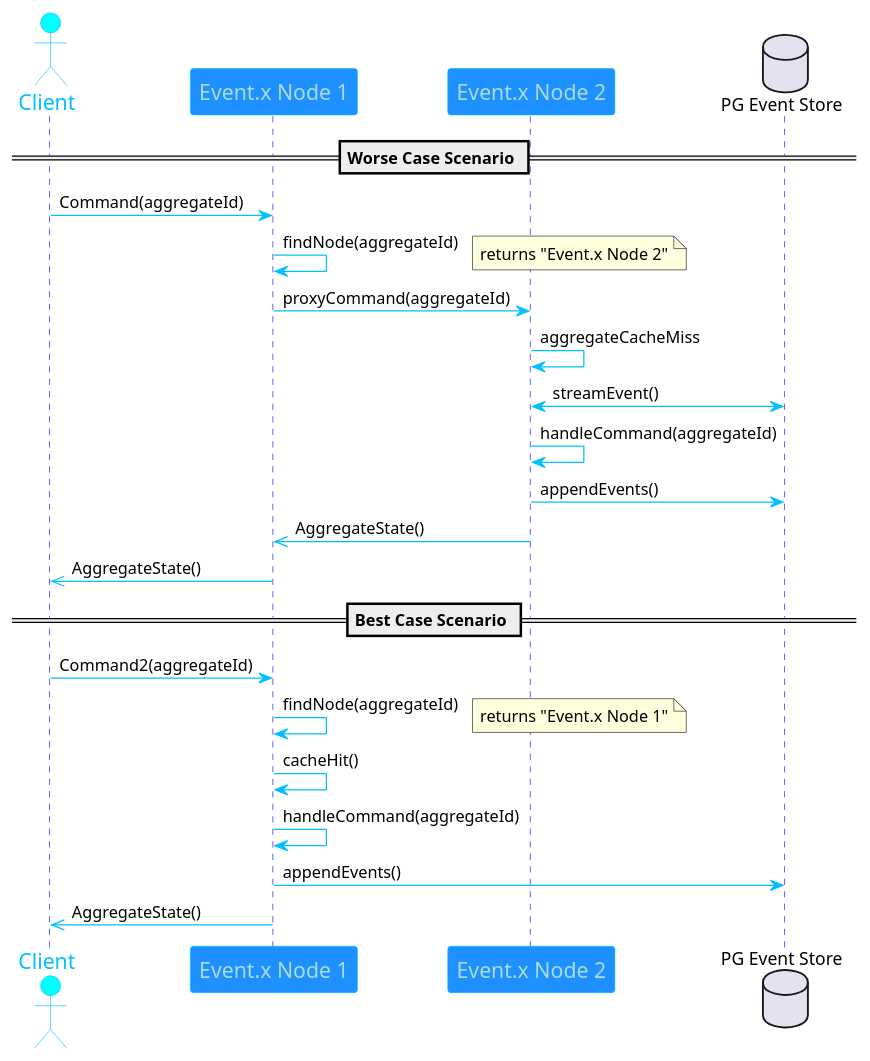
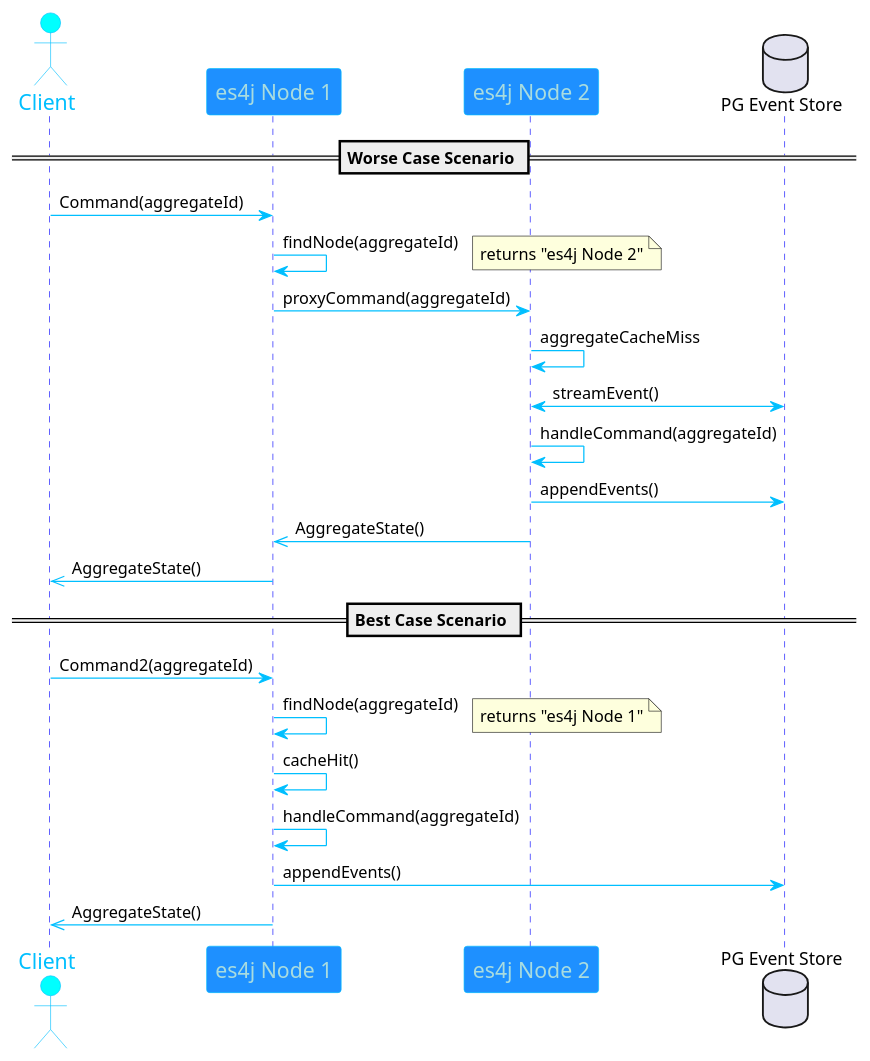
The diagram in diagrams/hash-ring-append.puml (Reef3rm4n/es4j), drawn with PlantUML before and after one commit. The commit also changed 11 other files, not shown here.

```diff
--- a/diagrams/hash-ring-append.puml
+++ b/diagrams/hash-ring-append.puml
@@ -1,54 +1,54 @@
 @startuml
 skinparam sequence {
     ArrowColor DeepSkyBlue
     ActorBorderColor DeepSkyBlue
     LifeLineBorderColor blue
     LifeLineBackgroundColor #A9DCDF
     ParticipantBorderColor DeepSkyBlue
     ParticipantBackgroundColor DodgerBlue
     ParticipantFontName Impact
     ParticipantFontSize 17
     ParticipantFontColor #A9DCDF
     ActorBackgroundColor aqua
     ActorFontColor DeepSkyBlue
     ActorFontSize 17
     ActorFontName Aapex
     NoteBackgroundColor wheat
     NoteBorderColor sienna
     NoteFontColor black
 }
 
 actor Client
-participant "Event.x Node 1" as N1
-participant "Event.x Node 2" as N2
+participant "es4j Node 1" as N1
+participant "es4j Node 2" as N2
 database "PG Event Store" as PG
 
 
 == Worse Case Scenario ==
 
 
 note right: worse case scenario 1 network hop
 Client -> N1 : Command(aggregateId)
 N1 -> N1 : findNode(aggregateId)
-note right: returns "Event.x Node 2"
+note right: returns "es4j Node 2"
 N1 -> N2: proxyCommand(aggregateId)
 N2 -> N2: aggregateCacheMiss
 N2 <-> PG: streamEvent()
 N2 -> N2: handleCommand(aggregateId)
 N2 -> PG: appendEvents()
 N2 ->> N1 : AggregateState()
 N1 ->> Client : AggregateState()
 
 
 == Best Case Scenario ==
 
 Client -> N1 : Command2(aggregateId)
 N1 -> N1 : findNode(aggregateId)
-note right: returns "Event.x Node 1"
+note right: returns "es4j Node 1"
 N1 -> N1: cacheHit()
 N1 -> N1: handleCommand(aggregateId)
 N1 -> PG: appendEvents()
 N1 ->> Client : AggregateState()
 
 
 @enduml
```
